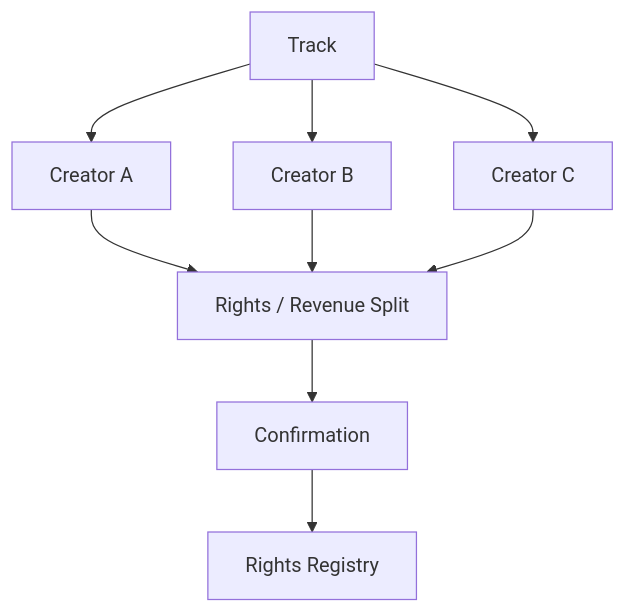
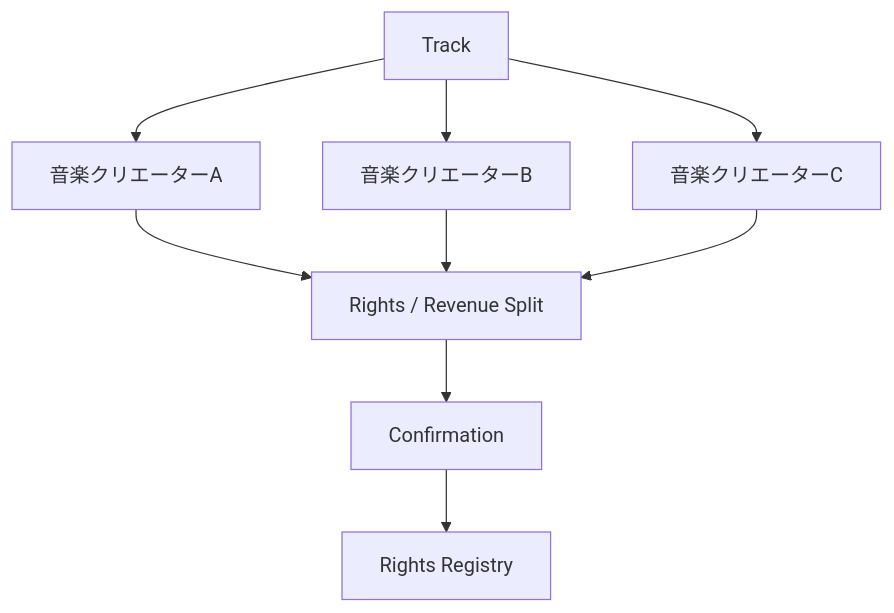
One commit to ShigeichiroYamasaki/creator-first-platform changed the tenth of 29 diagrams in docs/whitepaper/05-creator-onboarding.md. Above: the diagram before and after it, drawn with Mermaid. The commit also changed other lines of this file and 67 other files, not shown here.

````diff
--- a/docs/whitepaper/05-creator-onboarding.md
+++ b/docs/whitepaper/05-creator-onboarding.md
@@ -337,15 +337,15 @@
 ```mermaid
 flowchart TD
     TRACK[Track]
 
-    TRACK --> A[Creator A]
-    TRACK --> B[Creator B]
-    TRACK --> C[Creator C]
+    TRACK --> A[音楽クリエーターA]
+    TRACK --> B[音楽クリエーターB]
+    TRACK --> C[音楽クリエーターC]
 
     A --> SPLIT[Rights / Revenue Split]
     B --> SPLIT
     C --> SPLIT
 
     SPLIT --> CONFIRM[Confirmation]
     CONFIRM --> REG[Rights Registry]
 ```
````
